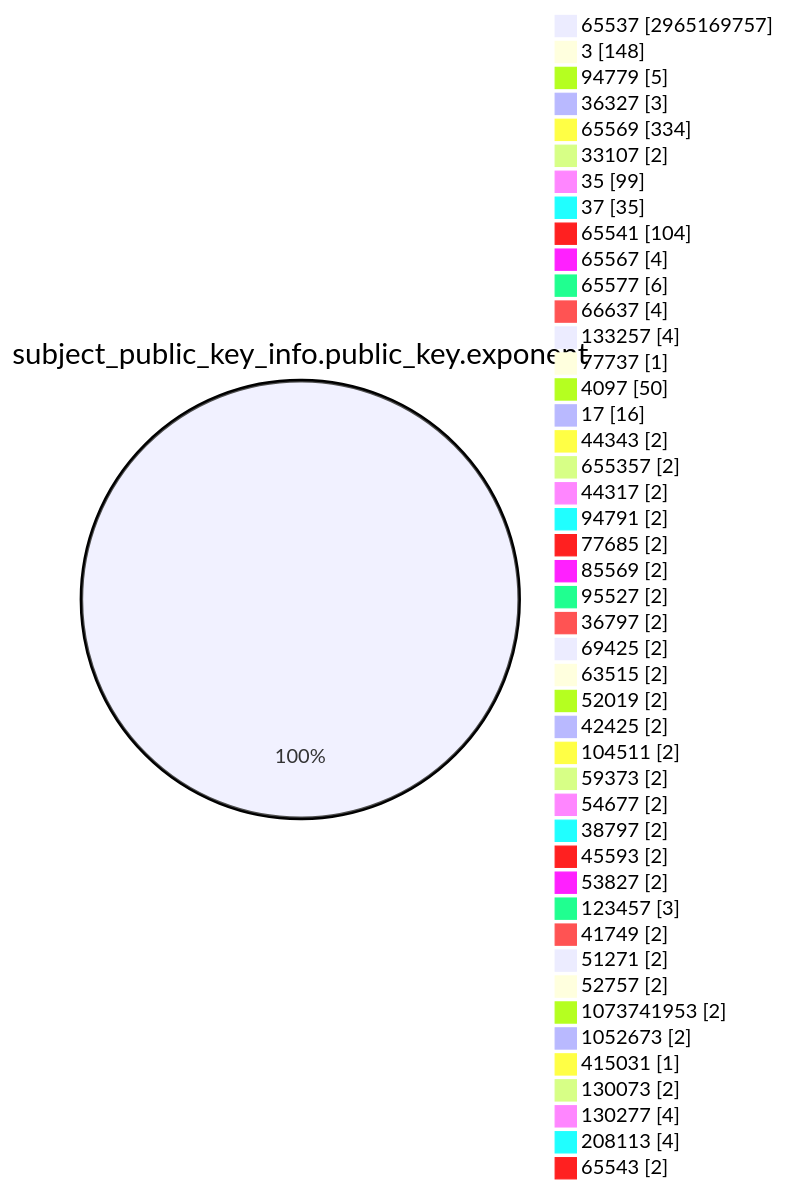
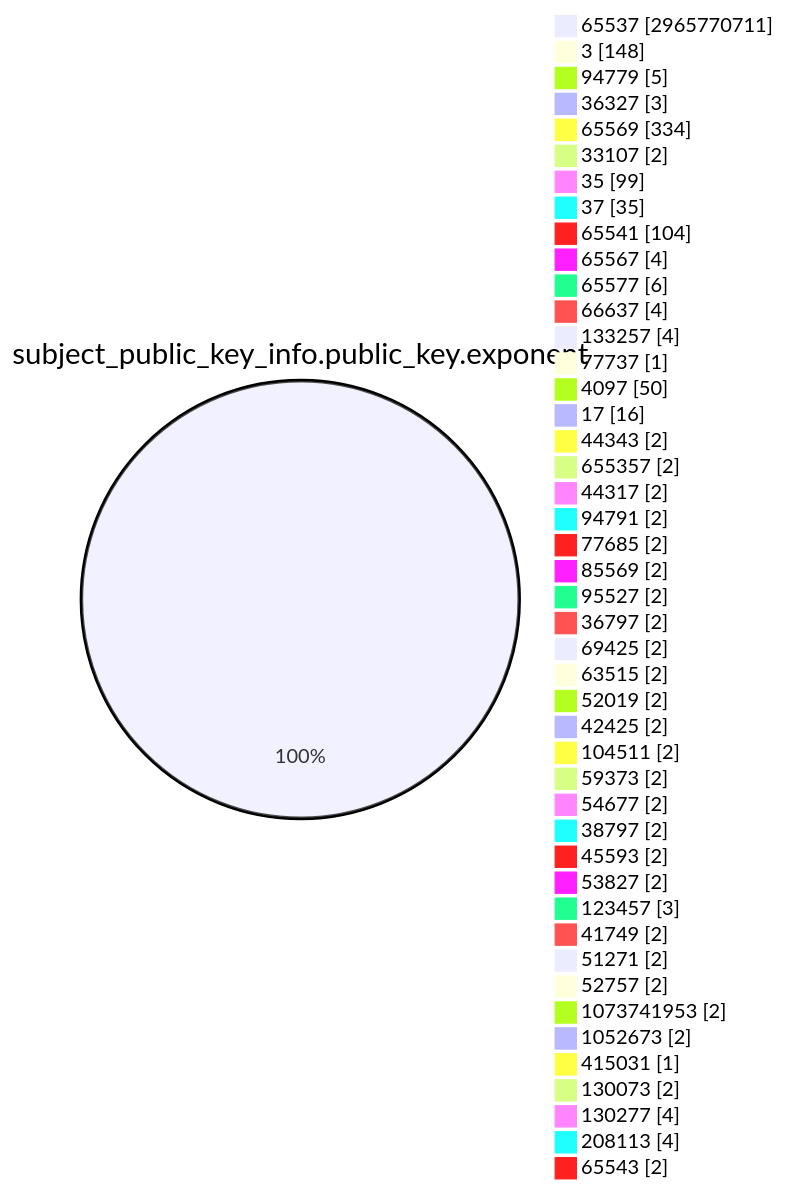
Before and after one commit to christiankrug/ctmonitor_visualization: the fourth of 15 diagrams in TOTAL/README.md, drawn with Mermaid. The commit also changed other lines of this file, not shown here.

````diff
--- a/TOTAL/README.md
+++ b/TOTAL/README.md
@@ -1471,49 +1471,49 @@
 ```mermaid
 pie showData
 title subject_public_key_info.public_key.exponent
-"65537" :2965169757
+"65537" :2965770711
 "3" :148
 "94779" :5
 "36327" :3
 "65569" :334
 "33107" :2
 "35" :99
 "37" :35
 "65541" :104
 "65567" :4
 "65577" :6
 "66637" :4
 "133257" :4
 "77737" :1
 "4097" :50
 "17" :16
 "44343" :2
 "655357" :2
 "44317" :2
 "94791" :2
 "77685" :2
 "85569" :2
 "95527" :2
 "36797" :2
 "69425" :2
 "63515" :2
 "52019" :2
 "42425" :2
 "104511" :2
 "59373" :2
 "54677" :2
 "38797" :2
 "45593" :2
 "53827" :2
 "123457" :3
 "41749" :2
 "51271" :2
 "52757" :2
 "1073741953" :2
 "1052673" :2
 "415031" :1
 "130073" :2
 "130277" :4
 "208113" :4
 "65543" :2
 ```
````
